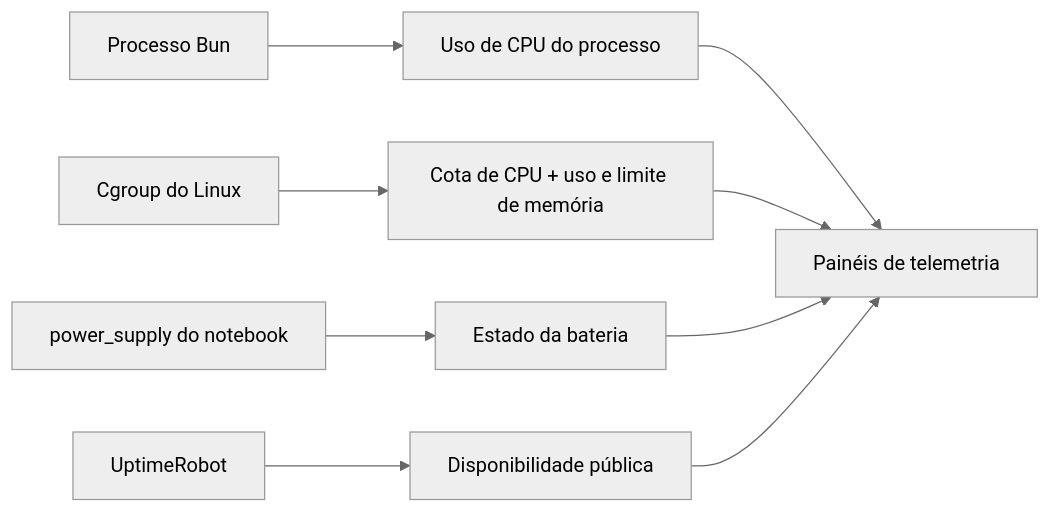
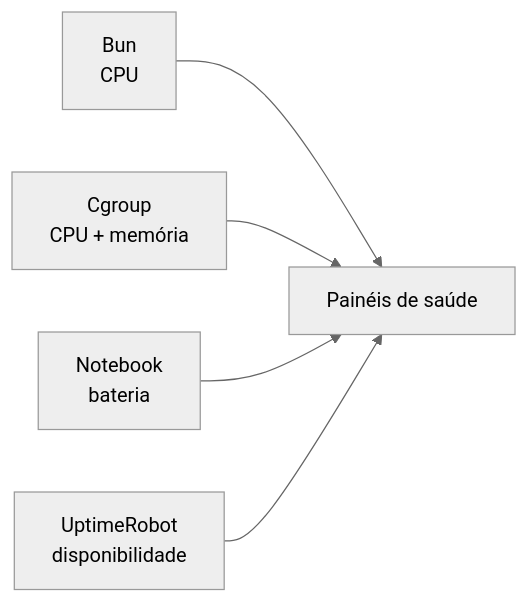
Before and after one commit to ErickCReis/ErickCReis: the diagram in web/content/blog/health-telemetry-from-the-real-runtime.pt-BR.mdx, drawn with Mermaid (neutral theme). The commit also changed 21 other files, not shown here.

First line of the commit message:
Improve Mermaid diagram readability across blog posts

````diff
--- a/web/content/blog/health-telemetry-from-the-real-runtime.pt-BR.mdx
+++ b/web/content/blog/health-telemetry-from-the-real-runtime.pt-BR.mdx
@@ -16,11 +16,7 @@
 ```mermaid center
 flowchart LR
-  Process["Processo Bun"] --> CPU["Uso de CPU do processo"]
-  Cgroup["Cgroup do Linux"] --> Limits["Cota de CPU + uso e limite de memória"]
-  Host["power_supply do notebook"] --> Battery["Estado da bateria"]
-  Outside["UptimeRobot"] --> Availability["Disponibilidade pública"]
-  CPU --> Panels["Painéis de telemetria"]
-  Limits --> Panels
-  Battery --> Panels
-  Availability --> Panels
+  Process["Bun<br/>CPU"] --> Panels["Painéis de saúde"]
+  Cgroup["Cgroup<br/>CPU + memória"] --> Panels
+  Host["Notebook<br/>bateria"] --> Panels
+  Outside["UptimeRobot<br/>disponibilidade"] --> Panels
 ```
````
